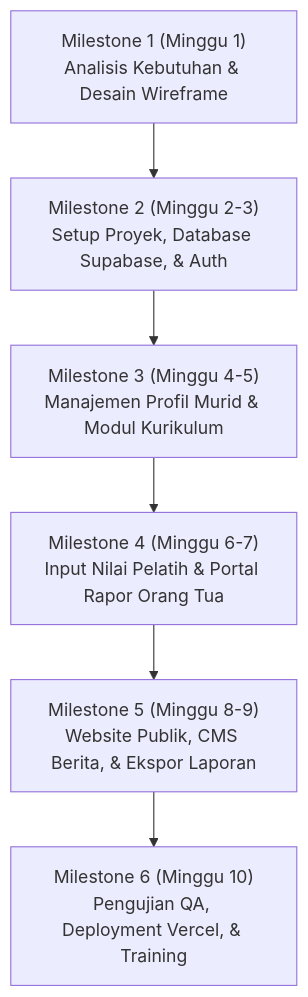
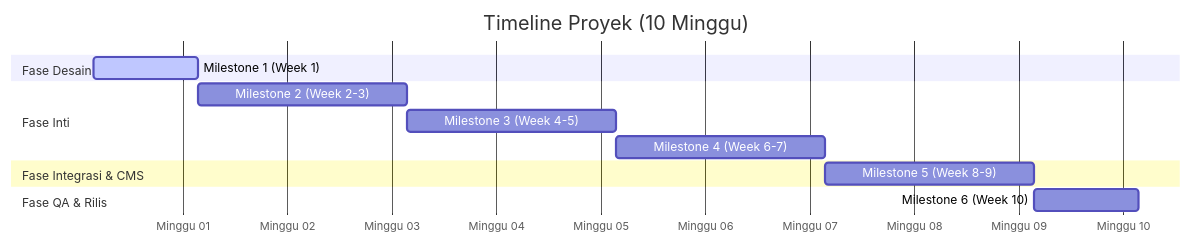
The diagram in docs/ROADMAP_BUDGET.md (gabrielfermy/SSBBaturetnoApp), drawn with Mermaid before and after one commit. The commit also changed other lines of this file, not shown here.

Commit message:
docs: kembalikan Gantt chart dengan format penomoran Minggu fiktif

````diff
--- a/docs/ROADMAP_BUDGET.md
+++ b/docs/ROADMAP_BUDGET.md
@@ -12,8 +14,16 @@
 ```mermaid
-graph TD
-    M1["Milestone 1 (Minggu 1)<br/>Analisis Kebutuhan & Desain Wireframe"] --> M2["Milestone 2 (Minggu 2-3)<br/>Setup Proyek, Database Supabase, & Auth"]
-    M2 --> M3["Milestone 3 (Minggu 4-5)<br/>Manajemen Profil Murid & Modul Kurikulum"]
-    M3 --> M4["Milestone 4 (Minggu 6-7)<br/>Input Nilai Pelatih & Portal Rapor Orang Tua"]
-    M4 --> M5["Milestone 5 (Minggu 8-9)<br/>Website Publik, CMS Berita, & Ekspor Laporan"]
-    M5 --> M6["Milestone 6 (Minggu 10)<br/>Pengujian QA, Deployment Vercel, & Training"]
+gantt
+    title Timeline Proyek (10 Minggu)
+    dateFormat  YYYY-MM-DD
+    axisFormat  Minggu %W
+    section Fase Desain
+    Milestone 1 (Week 1) :active, m1, 2026-01-05, 7d
+    section Fase Inti
+    Milestone 2 (Week 2-3) : m2, 2026-01-12, 14d
+    Milestone 3 (Week 4-5) : m3, 2026-01-26, 14d
+    Milestone 4 (Week 6-7) : m4, 2026-02-09, 14d
+    section Fase Integrasi & CMS
+    Milestone 5 (Week 8-9) : m5, 2026-02-23, 14d
+    section Fase QA & Rilis
+    Milestone 6 (Week 10) : m6, 2026-03-09, 7d
 ```
````
